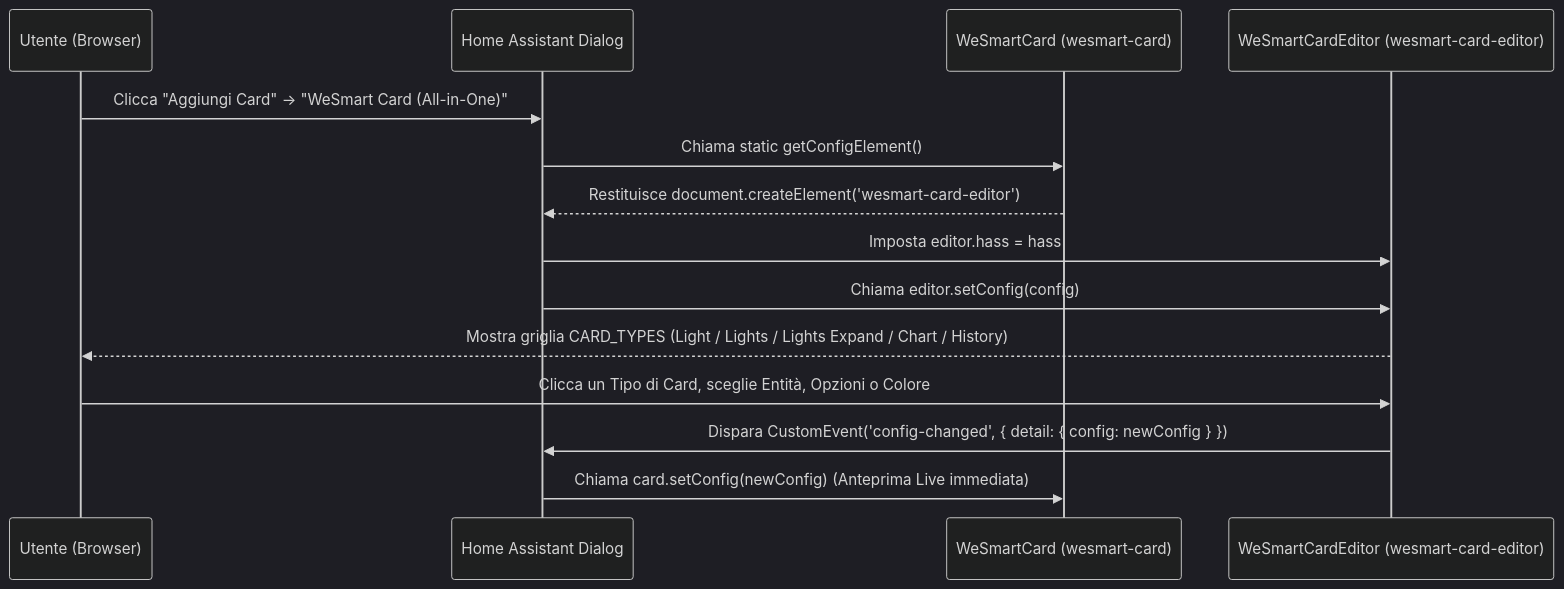
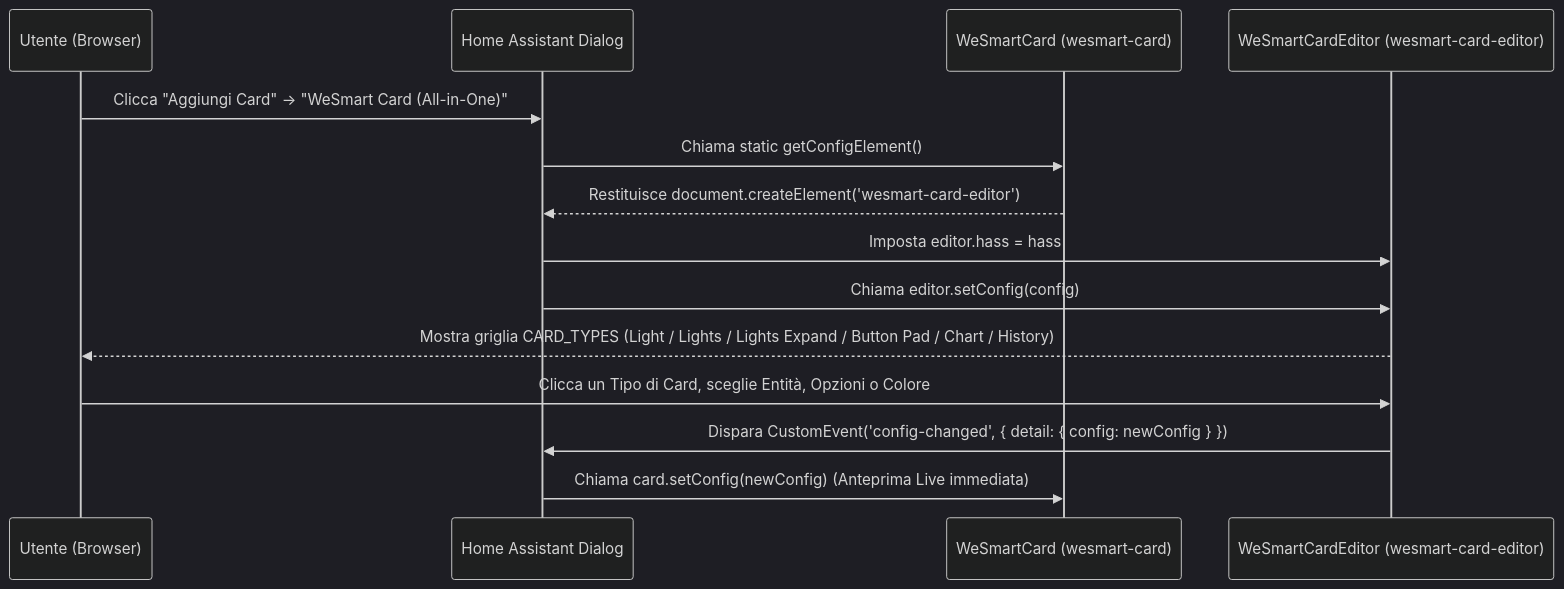
One commit to WeAreSmart-home/wesmart-original-custom-cards changed the diagram in WeSmart-Card/DOCUMENTATION.md. Above: the diagram before and after it, drawn with Mermaid (dark theme). The commit also changed other lines of this file and 1 other file, not shown here.

Commit message:
docs(experimental): document Button Pad (1x1/2x2/full mixer button with corner LED) in v1.4.0-exp

````diff
--- a/WeSmart-Card/DOCUMENTATION.md
+++ b/WeSmart-Card/DOCUMENTATION.md
@@ -50,17 +57,17 @@
 ```mermaid
 sequenceDiagram
     participant User as Utente (Browser)
     participant HA as Home Assistant Dialog
     participant Card as WeSmartCard (wesmart-card)
     participant Editor as WeSmartCardEditor (wesmart-card-editor)
 
     User->>HA: Clicca "Aggiungi Card" -> "WeSmart Card (All-in-One)"
     HA->>Card: Chiama static getConfigElement()
     Card-->>HA: Restituisce document.createElement('wesmart-card-editor')
     HA->>Editor: Imposta editor.hass = hass
     HA->>Editor: Chiama editor.setConfig(config)
-    Editor-->>User: Mostra griglia CARD_TYPES (Light / Lights / Lights Expand / Chart / History)
+    Editor-->>User: Mostra griglia CARD_TYPES (Light / Lights / Lights Expand / Button Pad / Chart / History)
     User->>Editor: Clicca un Tipo di Card, sceglie Entità, Opzioni o Colore
     Editor->>HA: Dispara CustomEvent('config-changed', { detail: { config: newConfig } })
     HA->>Card: Chiama card.setConfig(newConfig) (Anteprima Live immediata)
 ```
````
